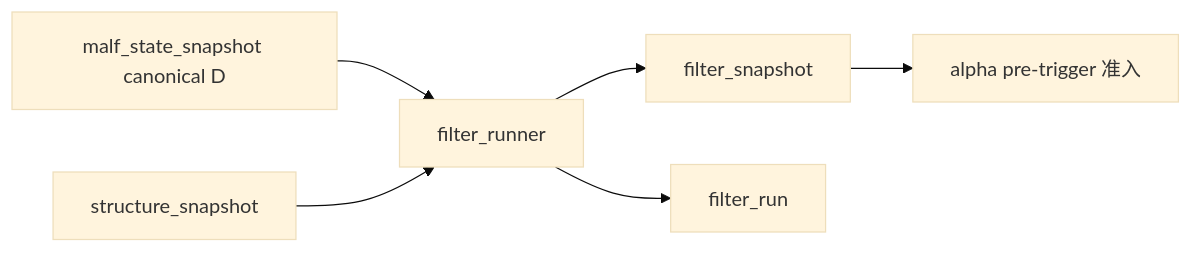
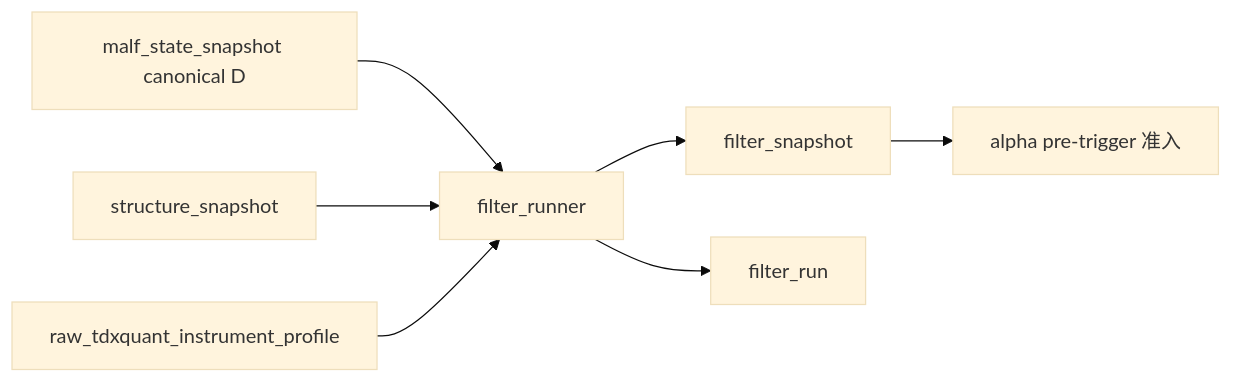
One commit to everything-is-simple/lifespan-0.01 changed the diagram in docs/02-spec/modules/filter/01-filter-formal-snapshot-spec-20260409.md. Above: the diagram before and after it, drawn with Mermaid (base theme). The commit also changed other lines of this file and 25 other files, not shown here.

````diff
--- a/docs/02-spec/modules/filter/01-filter-formal-snapshot-spec-20260409.md
+++ b/docs/02-spec/modules/filter/01-filter-formal-snapshot-spec-20260409.md
@@ -212,8 +227,9 @@
 ```mermaid
 flowchart LR
     MALF[malf_state_snapshot canonical D] --> FLT_RUN[filter_runner]
     STR[structure_snapshot] --> FLT_RUN
+    OBJ[raw_tdxquant_instrument_profile] --> FLT_RUN
     FLT_RUN --> FS[filter_snapshot]
     FLT_RUN --> FR[filter_run]
     FS --> ALPHA[alpha pre-trigger 准入]
 ```
````
